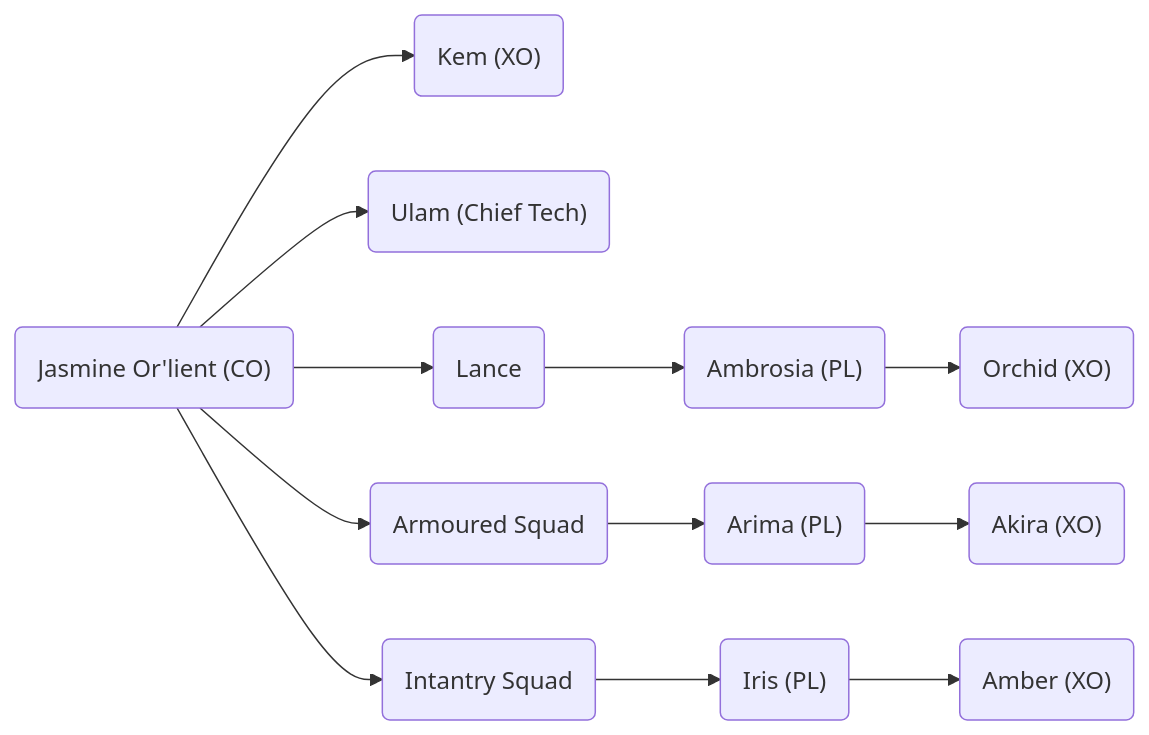
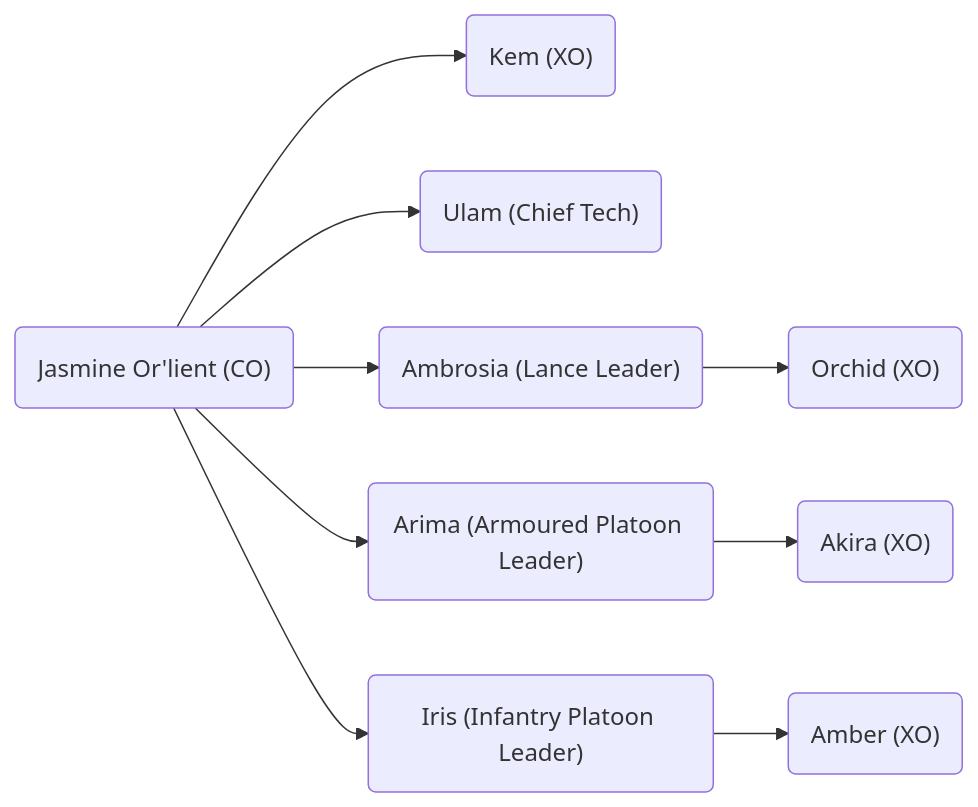
The diagram in README.md (Rangoric/BattleTech-Campaign), drawn with Mermaid before and after one commit. The commit also changed other lines of this file, not shown here.

````diff
--- a/README.md
+++ b/README.md
@@ -3,26 +3,20 @@
 ```mermaid
 flowchart LR
   co("Jasmine Or'lient (CO)")
   xo("Kem (XO)")
   ct("Ulam (Chief Tech)")
-  l("Lance")
-  ll("Ambrosia (PL)")
+  ll("Ambrosia (Lance Leader)")
   lxo("Orchid (XO)")
-  a("Armoured Squad")
-  al("Arima (PL)")
+  al("Arima (Armoured Platoon Leader)")
   axo("Akira (XO)")
-  i("Intantry Squad")
-  il("Iris (PL)")
+  il("Iris (Infantry Platoon Leader)")
   ixo("Amber (XO)")
   co --> xo
   co --> ct
-  co --> l
-  co --> a
-  co --> i
-  l --> ll
+  co --> ll
+  co --> al
+  co --> il
   ll --> lxo
-  a --> al
   al --> axo
-  i --> il
   il --> ixo
 ```
````
